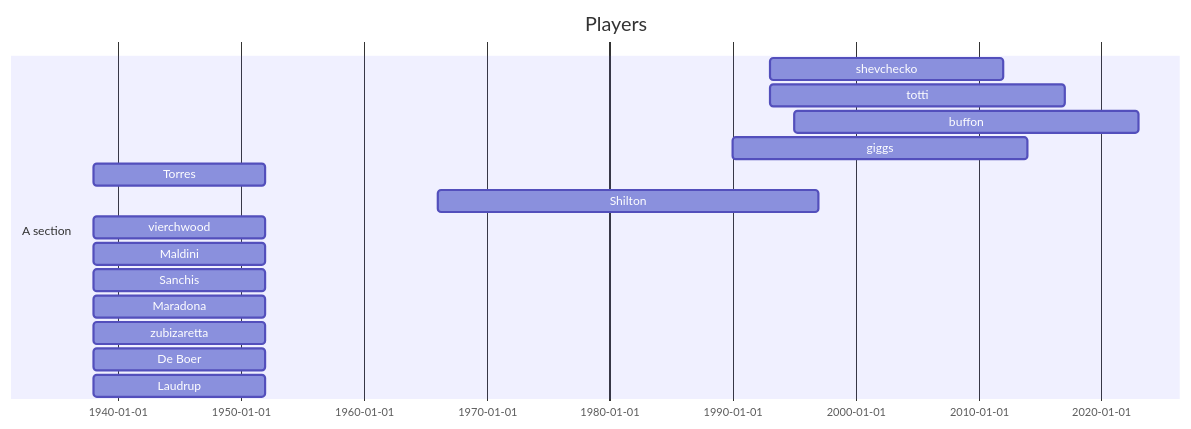
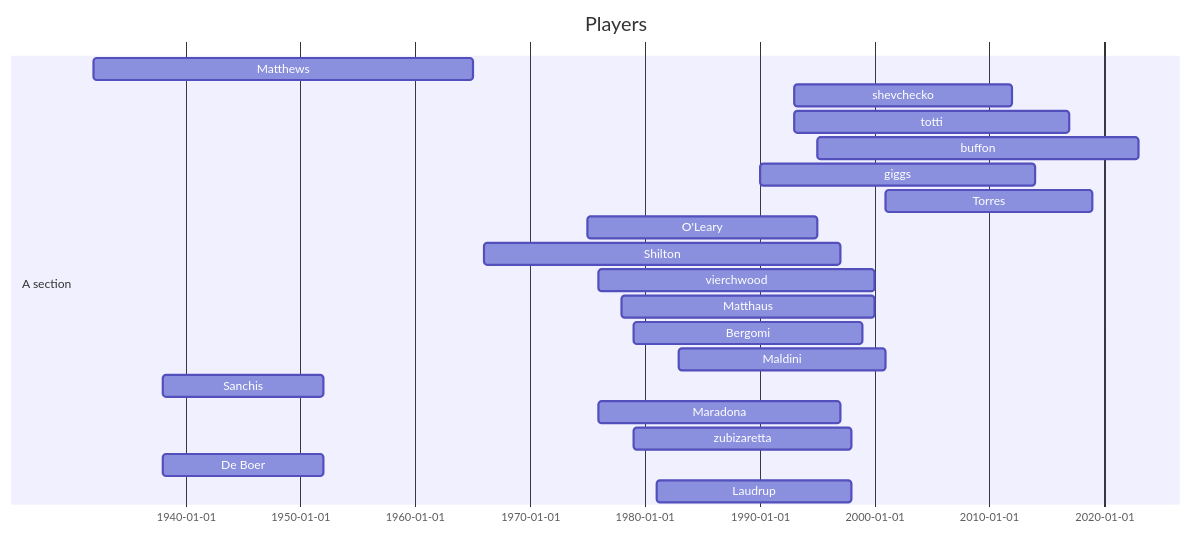
The first of 6 diagrams in README.md (sarnobat/mermaid), drawn with Mermaid before and after one commit.

````diff
--- a/README.md
+++ b/README.md
@@ -7,20 +7,24 @@
 ```mermaid
 gantt
 dateFormat  YYYY
 title Players
 
 section A section
+Matthews      : 1932,1965
 shevchecko    : 1993,2012
 totti    : 1993,2017
 buffon    : 1995,2023
 giggs    : 1990,2014
-Torres    : 1938,1952
+Torres    : 2001,2019
+O'Leary  : 1975,1995
 Shilton    : 1966,1997
-vierchwood    : 1938,1952
-Maldini    : 1938,1952
+vierchwood    : 1976,2000
+Matthaus  : 1978,2000
+Bergomi :1979,1999
+Maldini    : 1983,2001
 Sanchis    : 1938,1952
-Maradona    : 1938,1952
-zubizaretta    : 1938,1952
+Maradona    : 1976,1997
+zubizaretta    : 1979,1998
 De Boer    : 1938,1952
-Laudrup    : 1938,1952
+Laudrup    : 1981,1998
 ```
````
